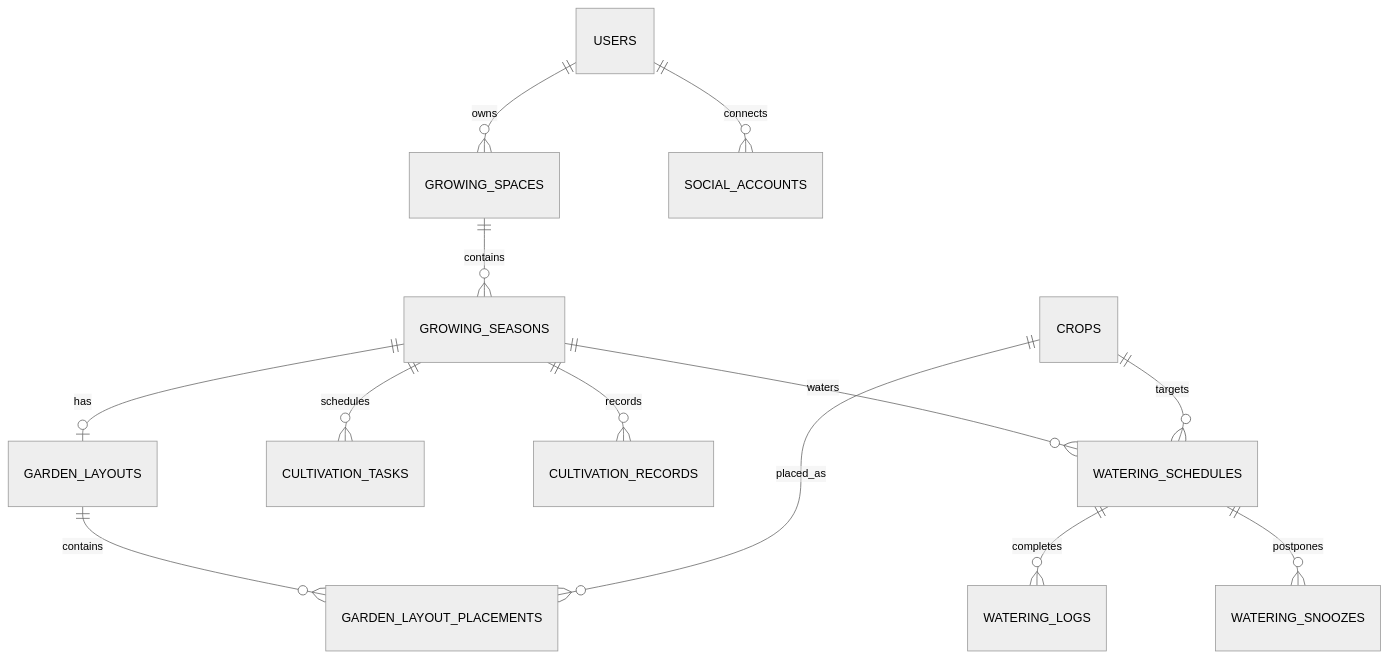
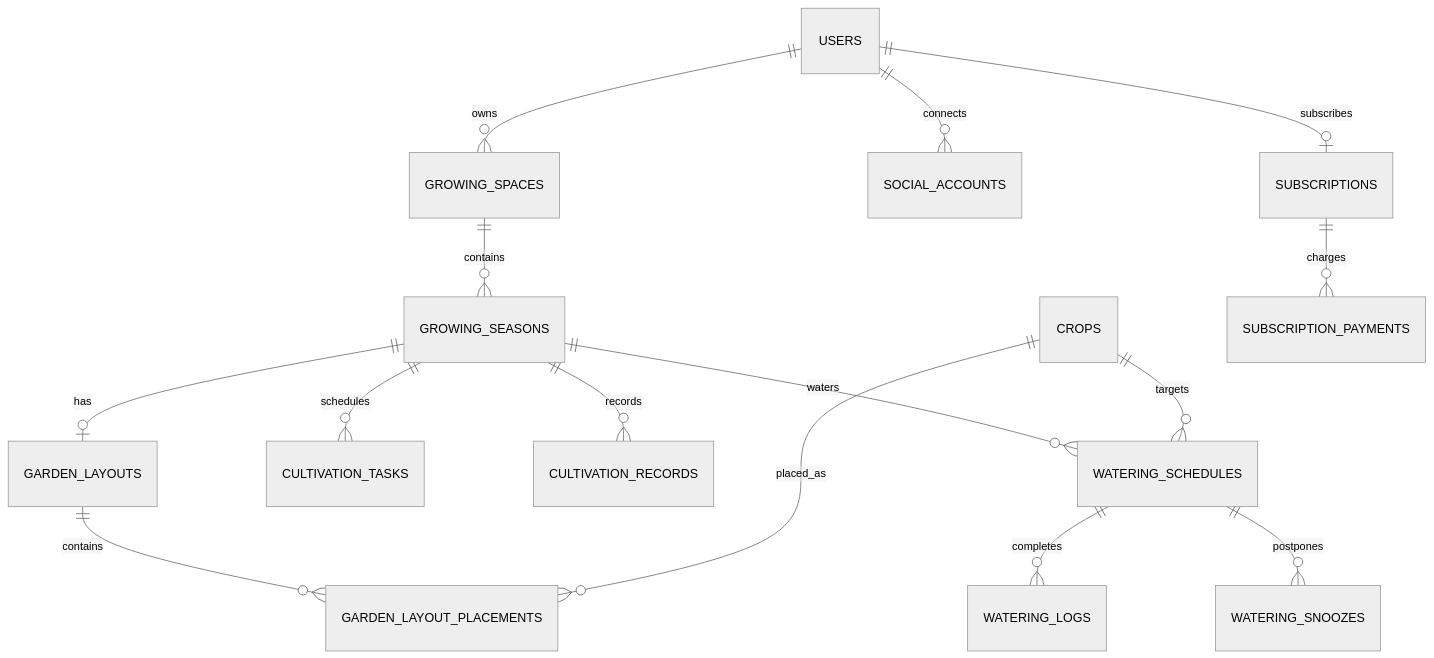
The diagram in docs/ARCHITECTURE.md (vegetable-garden-planner/vegetable-garden-planner), drawn with Mermaid (neutral theme) before and after one commit. The commit also changed other lines of this file and 3 other files, not shown here.

````diff
--- a/docs/ARCHITECTURE.md
+++ b/docs/ARCHITECTURE.md
@@ -142,15 +143,17 @@
 ```mermaid
 erDiagram
     USERS ||--o{ GROWING_SPACES : owns
     USERS ||--o{ SOCIAL_ACCOUNTS : connects
     GROWING_SPACES ||--o{ GROWING_SEASONS : contains
     GROWING_SEASONS ||--o| GARDEN_LAYOUTS : has
     GARDEN_LAYOUTS ||--o{ GARDEN_LAYOUT_PLACEMENTS : contains
     CROPS ||--o{ GARDEN_LAYOUT_PLACEMENTS : placed_as
     GROWING_SEASONS ||--o{ CULTIVATION_TASKS : schedules
     GROWING_SEASONS ||--o{ CULTIVATION_RECORDS : records
     GROWING_SEASONS ||--o{ WATERING_SCHEDULES : waters
     CROPS ||--o{ WATERING_SCHEDULES : targets
     WATERING_SCHEDULES ||--o{ WATERING_LOGS : completes
     WATERING_SCHEDULES ||--o{ WATERING_SNOOZES : postpones
+    USERS ||--o| SUBSCRIPTIONS : subscribes
+    SUBSCRIPTIONS ||--o{ SUBSCRIPTION_PAYMENTS : charges
 ```
````
